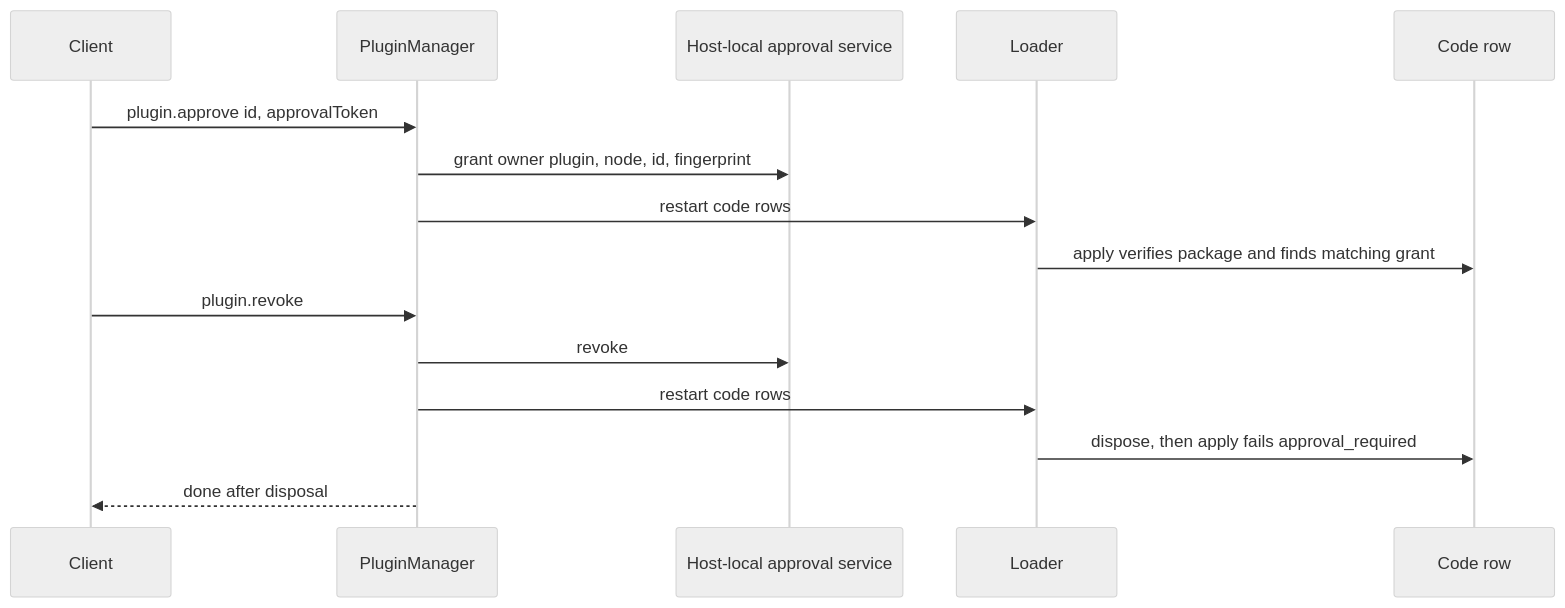
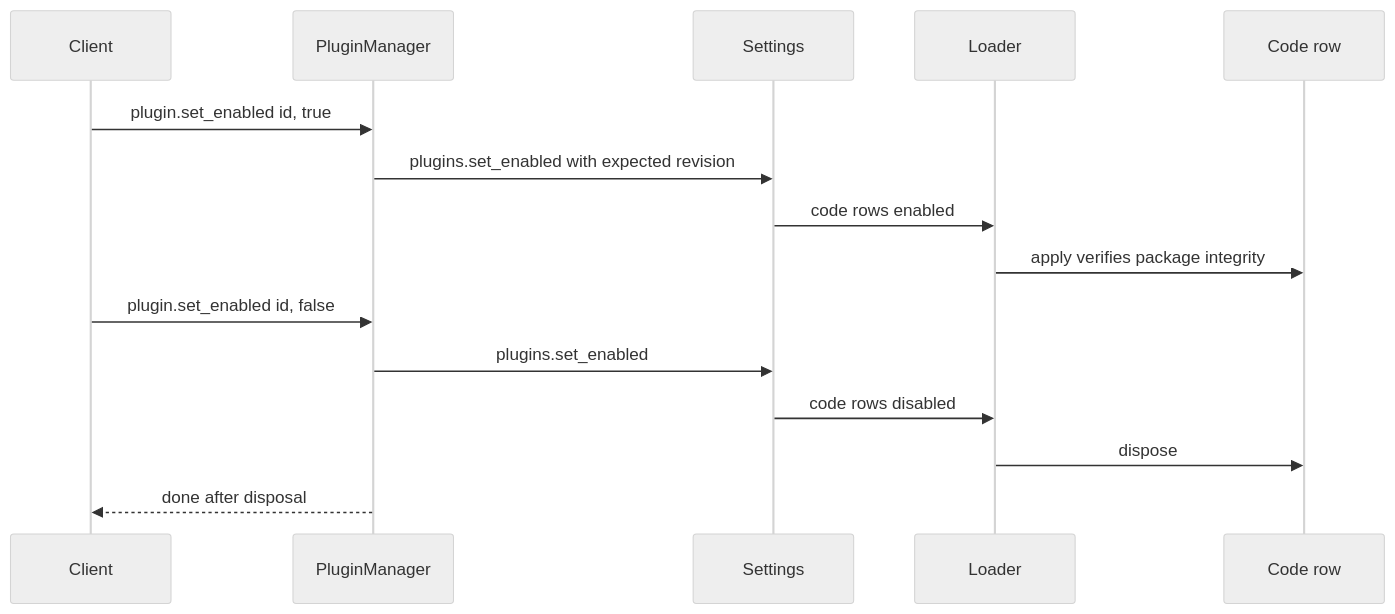
The fourth of 6 diagrams in docs/design/plugins/PluginManager.md (CoutinhoTTS/dim-agent), drawn with Mermaid (neutral theme) before and after one commit. The commit also changed other lines of this file and 40 other files, not shown here.

First line of the commit message:
docs(design): event-driven Goal, no host-local approval, review fixes

````diff
--- a/docs/design/plugins/PluginManager.md
+++ b/docs/design/plugins/PluginManager.md
@@ -95,17 +90,17 @@
 ```mermaid
 sequenceDiagram
   participant C as Client
   participant PM as PluginManager
-  participant A as Host-local approval service
+  participant S as Settings
   participant L as Loader
   participant K as Code row
-  C->>PM: plugin.approve id, approvalToken
-  PM->>A: grant owner plugin, node, id, fingerprint
-  PM->>L: restart code rows
-  L->>K: apply verifies package and finds matching grant
-  C->>PM: plugin.revoke
-  PM->>A: revoke
-  PM->>L: restart code rows
-  L->>K: dispose, then apply fails approval_required
+  C->>PM: plugin.set_enabled id, true
+  PM->>S: plugins.set_enabled with expected revision
+  S->>L: code rows enabled
+  L->>K: apply verifies package integrity
+  C->>PM: plugin.set_enabled id, false
+  PM->>S: plugins.set_enabled
+  S->>L: code rows disabled
+  L->>K: dispose
   PM-->>C: done after disposal
 ```
````
